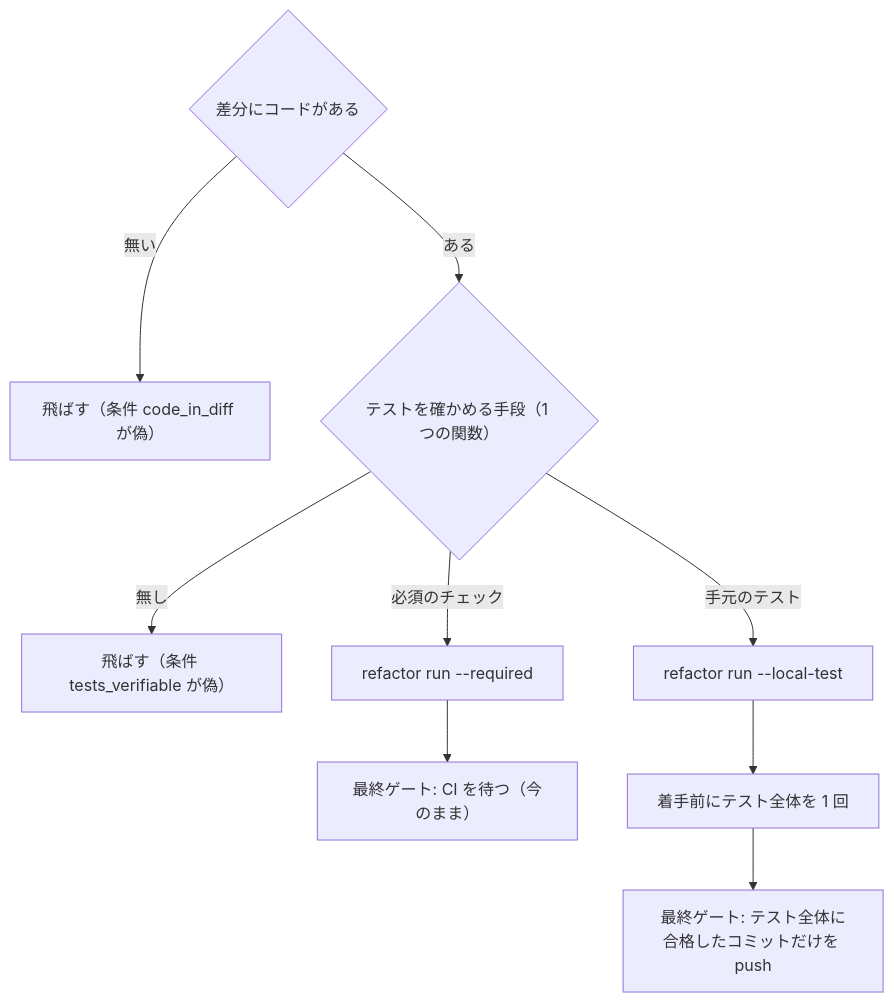
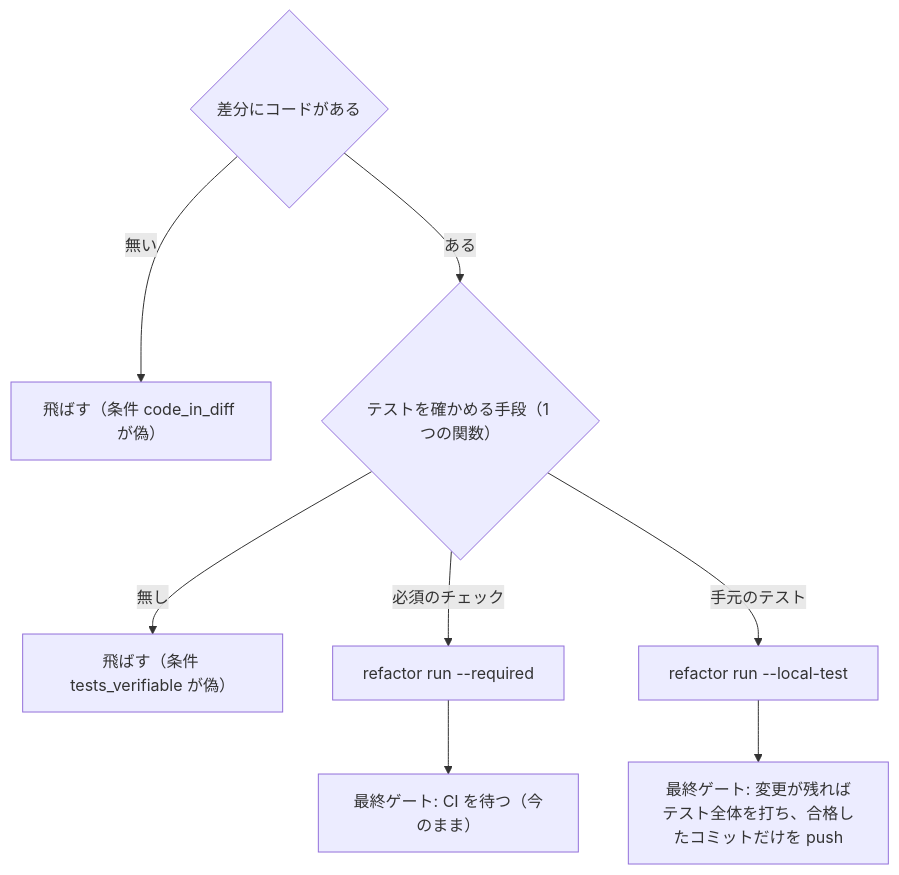
The second of 4 diagrams in issues/issue-4566-design.md (devbasex/ai-plugins), drawn with Mermaid before and after one commit. The commit also changed other lines of this file and 1 other file, not shown here.

````diff
--- a/issues/issue-4566-design.md
+++ b/issues/issue-4566-design.md
@@ -55,11 +55,10 @@
 ```mermaid
 graph TB
     C{"差分にコードがある"} -->|無い| K1["飛ばす（条件 code_in_diff が偽）"]
     C -->|ある| M{"テストを確かめる手段（1 つの関数）"}
     M -->|無し| K2["飛ばす（条件 tests_verifiable が偽）"]
     M -->|必須のチェック| R1["refactor run --required"]
     M -->|手元のテスト| R2["refactor run --local-test"]
     R1 --> G1["最終ゲート: CI を待つ（今のまま）"]
-    R2 --> B["着手前にテスト全体を 1 回"]
-    B --> G2["最終ゲート: テスト全体に合格したコミットだけを push"]
+    R2 --> G2["最終ゲート: 変更が残ればテスト全体を打ち、合格したコミットだけを push"]
 ```
````
